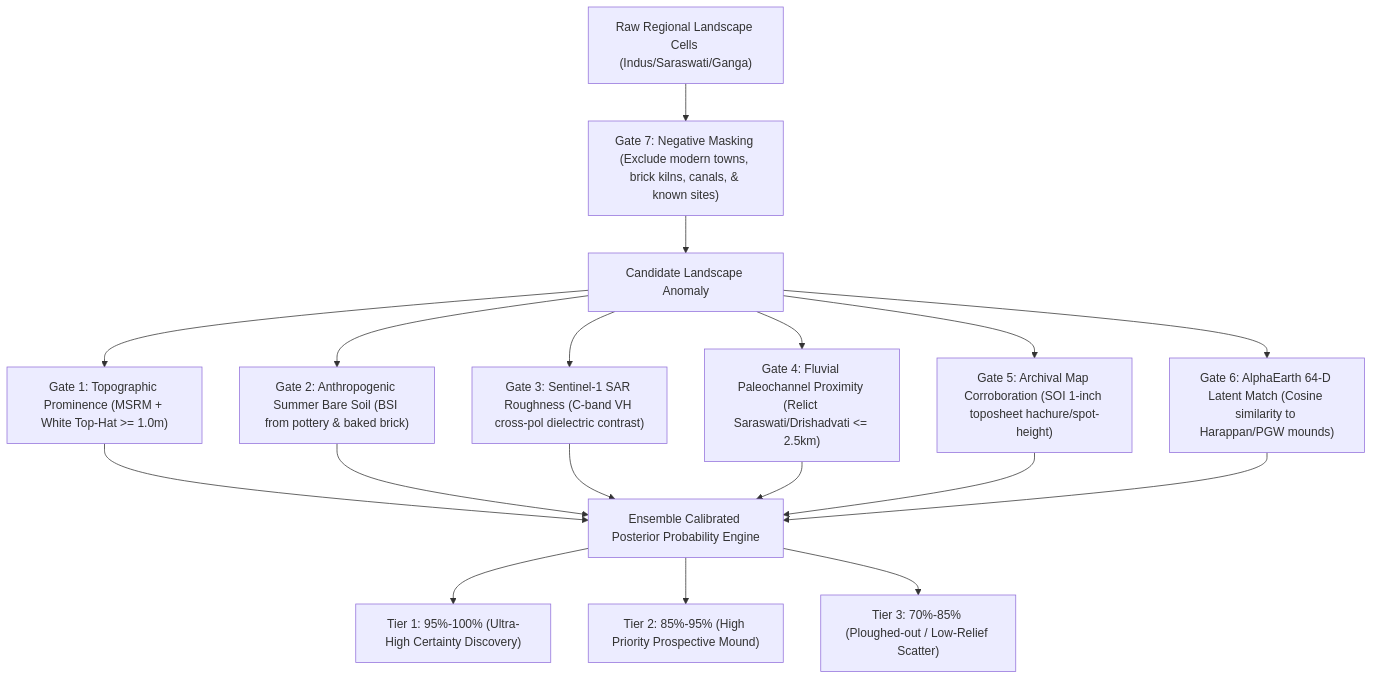
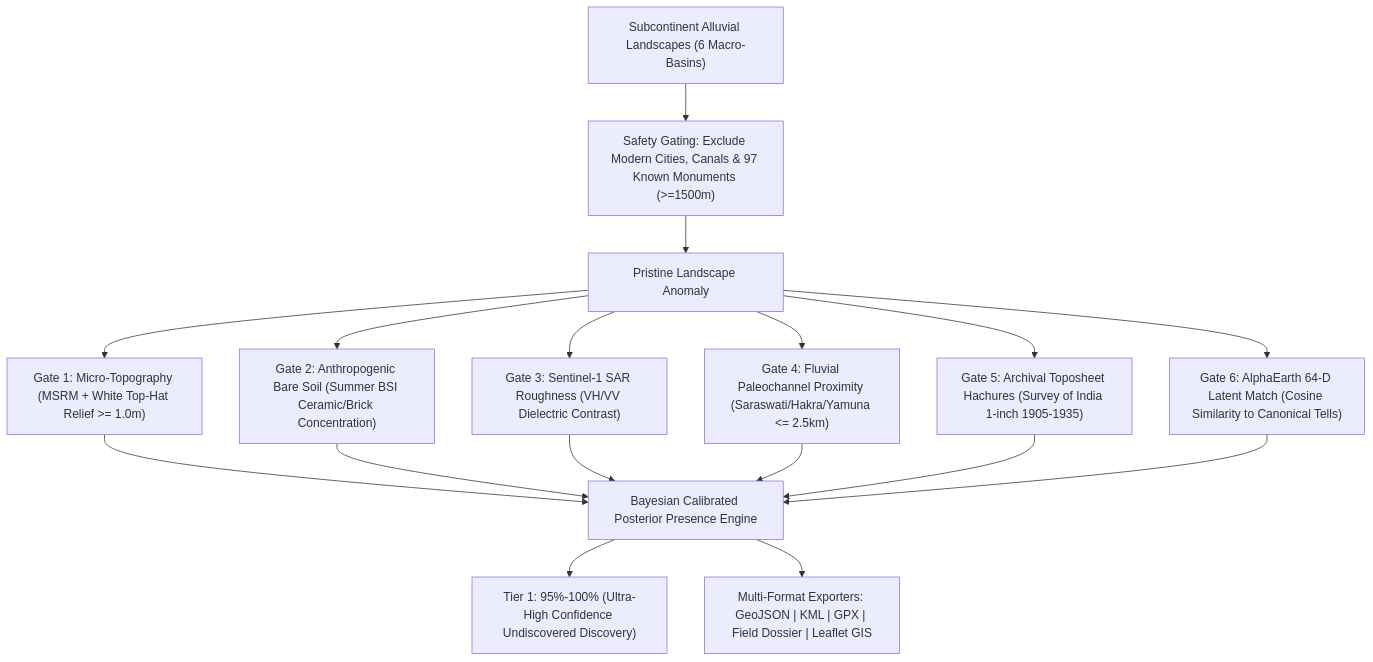
One commit to alok-108/haryana-mound-apm changed the diagram in README.md. Above: the diagram before and after it, drawn with Mermaid. The commit also changed other lines of this file and 20 other files, not shown here.

Commit message:
feat(core): ultimate upgrade - expanded 97 canonical monuments, 57 vetted Pre-600 BCE discoveries, multi-format GIS export engine, CLI suite, and top-level SDK

````diff
--- a/README.md
+++ b/README.md
@@ -27,15 +39,14 @@
 ```mermaid
 flowchart TD
-    A["Raw Regional Landscape Cells (Indus/Saraswati/Ganga)"] --> M["Gate 7: Negative Masking (Exclude modern towns, brick kilns, canals, & known sites)"]
-    M --> B["Candidate Landscape Anomaly"]
-    B --> G1["Gate 1: Topographic Prominence (MSRM + White Top-Hat >= 1.0m)"]
-    B --> G2["Gate 2: Anthropogenic Summer Bare Soil (BSI from pottery & baked brick)"]
-    B --> G3["Gate 3: Sentinel-1 SAR Roughness (C-band VH cross-pol dielectric contrast)"]
-    B --> G4["Gate 4: Fluvial Paleochannel Proximity (Relict Saraswati/Drishadvati <= 2.5km)"]
-    B --> G5["Gate 5: Archival Map Corroboration (SOI 1-inch toposheet hachure/spot-height)"]
-    B --> G6["Gate 6: AlphaEarth 64-D Latent Match (Cosine similarity to Harappan/PGW mounds)"]
-    G1 & G2 & G3 & G4 & G5 & G6 --> ENS["Ensemble Calibrated Posterior Probability Engine"]
-    ENS --> T1["Tier 1: 95%-100% (Ultra-High Certainty Discovery)"]
-    ENS --> T2["Tier 2: 85%-95% (High Priority Prospective Mound)"]
-    ENS --> T3["Tier 3: 70%-85% (Ploughed-out / Low-Relief Scatter)"]
+    Terrain["Subcontinent Alluvial Landscapes (6 Macro-Basins)"] --> G0["Safety Gating: Exclude Modern Cities, Canals & 97 Known Monuments (>=1500m)"]
+    G0 --> Candidate["Pristine Landscape Anomaly"]
+    Candidate --> G1["Gate 1: Micro-Topography (MSRM + White Top-Hat Relief >= 1.0m)"]
+    Candidate --> G2["Gate 2: Anthropogenic Bare Soil (Summer BSI Ceramic/Brick Concentration)"]
+    Candidate --> G3["Gate 3: Sentinel-1 SAR Roughness (VH/VV Dielectric Contrast)"]
+    Candidate --> G4["Gate 4: Fluvial Paleochannel Proximity (Saraswati/Hakra/Yamuna <= 2.5km)"]
+    Candidate --> G5["Gate 5: Archival Toposheet Hachures (Survey of India 1-inch 1905-1935)"]
+    Candidate --> G6["Gate 6: AlphaEarth 64-D Latent Match (Cosine Similarity to Canonical Tells)"]
+    G1 & G2 & G3 & G4 & G5 & G6 --> Ensemble["Bayesian Calibrated Posterior Presence Engine"]
+    Ensemble --> Tier1["Tier 1: 95%-100% (Ultra-High Confidence Undiscovered Discovery)"]
+    Ensemble --> Outputs["Multi-Format Exporters: GeoJSON | KML | GPX | Field Dossier | Leaflet GIS"]
 ```
````
